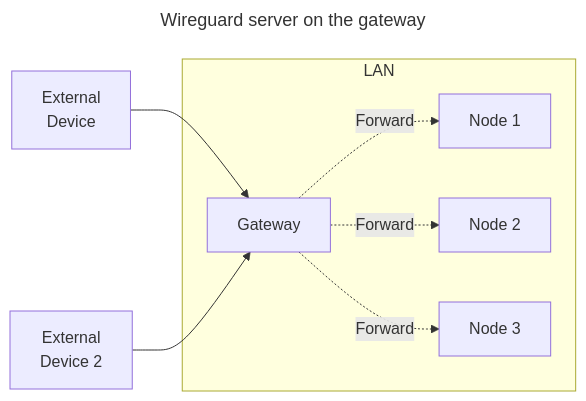
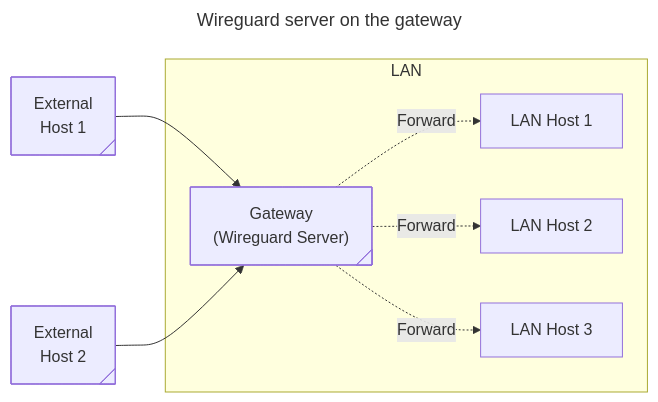
One commit to j-krl/blog changed the fifth of 5 diagrams in _posts/2026-05-08-hub-and-spoke-architecture.md. Above: the diagram before and after it, drawn with Mermaid. The commit also changed other lines of this file, not shown here.

Commit message:
diagrams are chefs kiss

```diff
--- a/_posts/2026-05-08-hub-and-spoke-architecture.md
+++ b/_posts/2026-05-08-hub-and-spoke-architecture.md
@@ -133,20 +152,21 @@
 <pre class="mermaid" style="text-align: center;">
 ---
 title: Wireguard server on the gateway
 ---
 flowchart LR
-    GW["Gateway"]
-    ED["External
-    Device"] --> GW
-    ED2["External
-    Device 2"] --> GW
-    GW -. Forward .-> n1[Node 1]
-    GW -. Forward .-> n2[Node 2]
-    GW -. Forward .-> n3[Node 3]
+    GW@{ shape: tag-rect, label: "Gateway
+    (Wireguard Server)"}
+    ED@{ shape: tag-rect, label: "External
+    Host 1"} --> GW
+    ED2@{ shape: tag-rect, label: "External
+    Host 2"} --> GW
+    GW -. Forward .-> n1[LAN Host 1]
+    GW -. Forward .-> n2[LAN Host 2]
+    GW -. Forward .-> n3[LAN Host 3]
     subgraph LAN
         GW
         n1
         n2
         n3
     end
 </pre>
```
